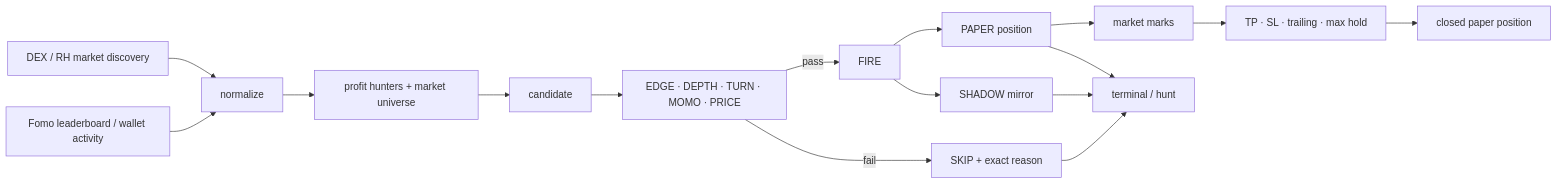
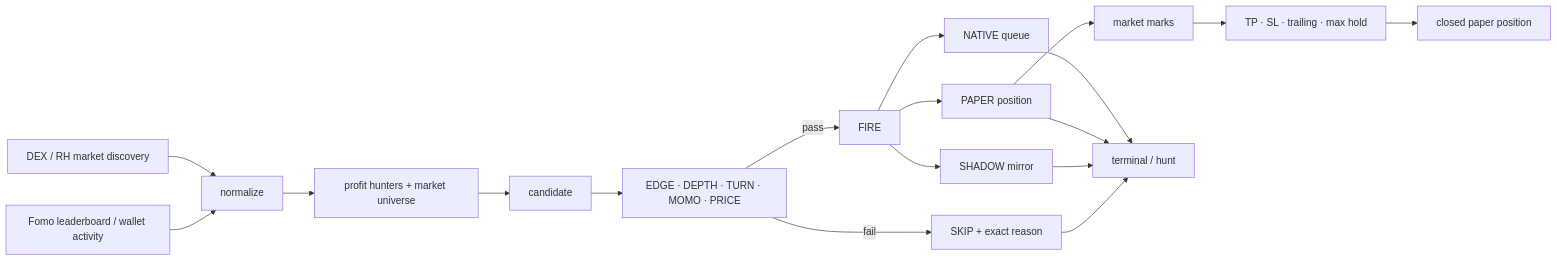
The diagram in README.md (lunarresearcher/copy), drawn with Mermaid before and after one commit. The commit also changed other lines of this file and 3 other files, not shown here.

````diff
--- a/README.md
+++ b/README.md
@@ -293,18 +283,20 @@
 ```mermaid
 flowchart LR
     F["Fomo leaderboard / wallet activity"] --> N[normalize]
     D["DEX / RH market discovery"] --> N
     N --> H[profit hunters + market universe]
     H --> C[candidate]
     C --> E["EDGE · DEPTH · TURN · MOMO · PRICE"]
     E -->|fail| S["SKIP + exact reason"]
     E -->|pass| R[FIRE]
     R --> M[SHADOW mirror]
     R --> P[PAPER position]
+    R --> Q[NATIVE queue]
     P --> K[market marks]
     K --> X["TP · SL · trailing · max hold"]
     X --> Z[closed paper position]
     S --> T[terminal / hunt]
     M --> T
     P --> T
+    Q --> T
 ```
````
